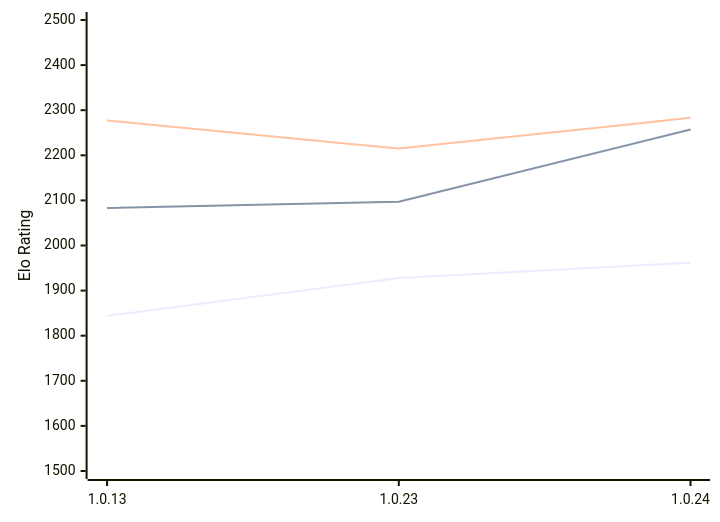
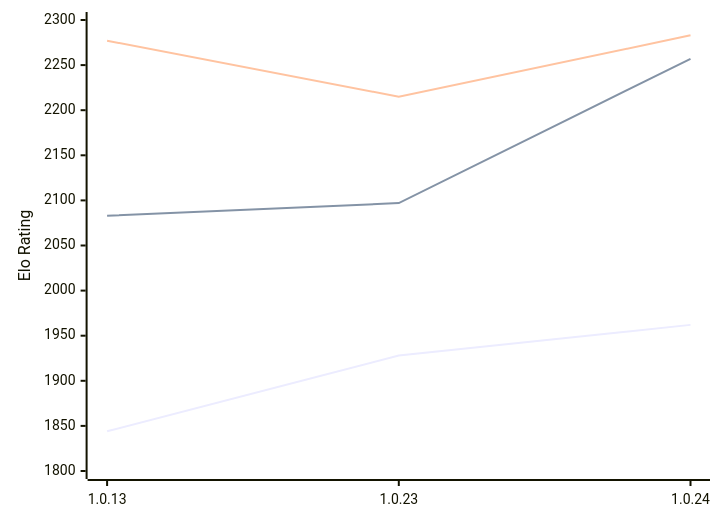
One commit to computer-chess-index/cci changed the diagram in engines/RustyRival.md. Above: the diagram before and after it, drawn with Mermaid. The commit also changed other lines of this file, not shown here.

Commit message:
Update CCI Ratings (ELO VLTC) - 2026-02-10

````diff
--- a/engines/RustyRival.md
+++ b/engines/RustyRival.md
@@ -51,9 +51,9 @@
 ```mermaid
 %%{init: {"theme":"base","themeVariables":{"seriesColors:['#a3a3a3','#222221','#faa371']}}}%%
 xychart-beta
   x-axis ["1.0.13", "1.0.23", "1.0.24"]
-  y-axis "Elo Rating" 1500 --> 2500
+  y-axis "Elo Rating" 1800 --> 2300
   line "STC (8.0+0.08s)" [1844, 1928, 1962]
   line "LTC (60.0+0.60s)" [2083, 2097, 2257]
   line "VLTC (2m24s+1.12s)" [2277, 2215, 2283]
 ```
````
